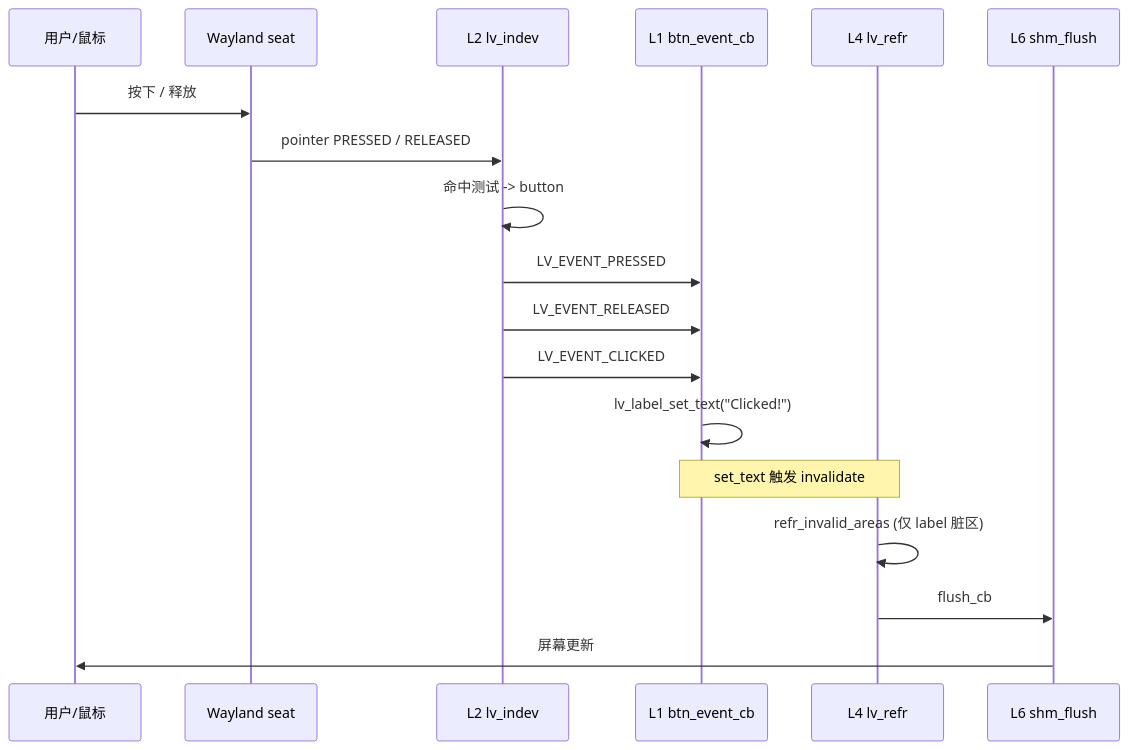
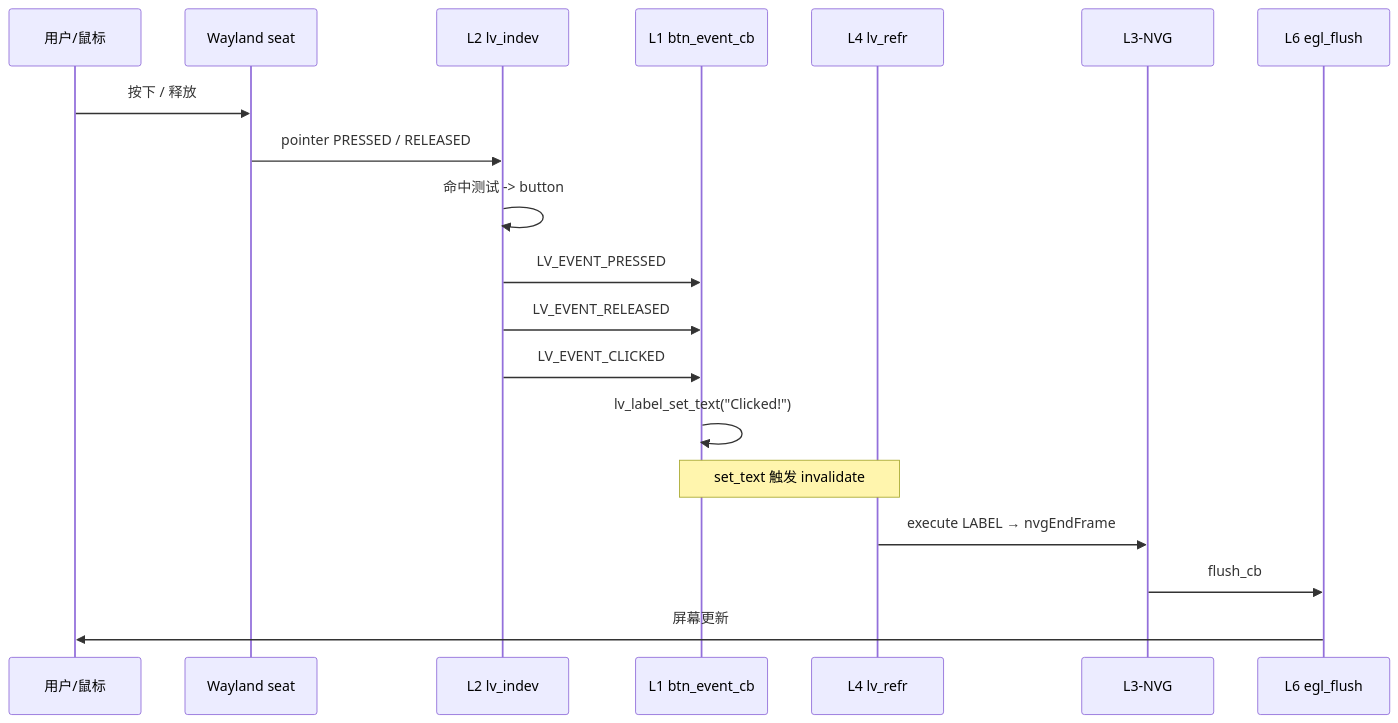
The fifth of 5 diagrams in docs/simple_button_guide.md (ganzhong007/lv_port_linux), drawn with Mermaid before and after one commit. The commit also changed other lines of this file and 18 other files, not shown here.

````diff
--- a/docs/simple_button_guide.md
+++ b/docs/simple_button_guide.md
@@ -356,21 +978,22 @@
 ```mermaid
 sequenceDiagram
     participant User as 用户/鼠标
     participant WL as Wayland seat
     participant IND as L2 lv_indev
     participant BTN as L1 btn_event_cb
     participant REF as L4 lv_refr
-    participant DRV as L6 shm_flush
+    participant NVG as L3-NVG
+    participant DRV as L6 egl_flush
 
     User->>WL: 按下 / 释放
     WL->>IND: pointer PRESSED / RELEASED
     IND->>IND: 命中测试 -> button
     IND->>BTN: LV_EVENT_PRESSED
     IND->>BTN: LV_EVENT_RELEASED
     IND->>BTN: LV_EVENT_CLICKED
     BTN->>BTN: lv_label_set_text("Clicked!")
     Note over BTN,REF: set_text 触发 invalidate
-    REF->>REF: refr_invalid_areas (仅 label 脏区)
-    REF->>DRV: flush_cb
+    REF->>NVG: execute LABEL → nvgEndFrame
+    NVG->>DRV: flush_cb
     DRV->>User: 屏幕更新
 ```
````
